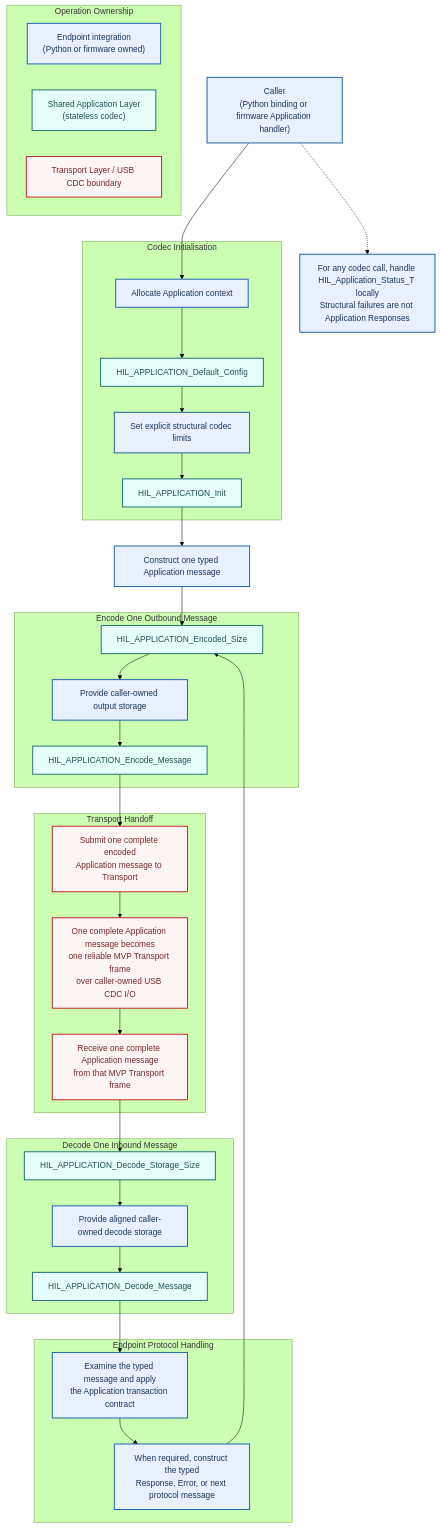
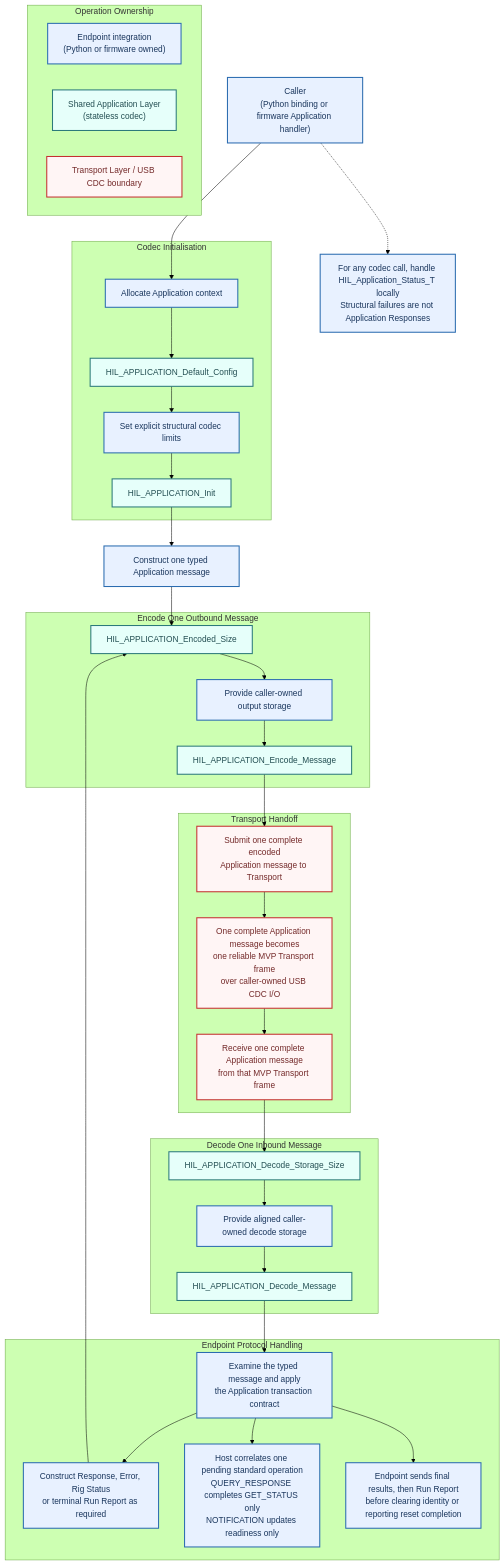
One commit to angus135/hil-rig-protocol changed the diagram in docs/application_layer/application_api_usage.mmd. Above: the diagram before and after it, drawn with Mermaid (forest theme). The commit also changed 15 other files, not shown here.

```diff
--- a/docs/application_layer/application_api_usage.mmd
+++ b/docs/application_layer/application_api_usage.mmd
@@ -1,71 +1,75 @@
 flowchart TD
 
 Caller["Caller<br/>(Python binding or firmware Application handler)"]
 
 subgraph Startup["Codec Initialisation"]
     A["Allocate Application context"]
     B["HIL_APPLICATION_Default_Config"]
     C["Set explicit structural codec limits"]
     D["HIL_APPLICATION_Init"]
 end
 
 E["Construct one typed Application message"]
 
 subgraph Outbound["Encode One Outbound Message"]
     F["HIL_APPLICATION_Encoded_Size"]
     G["Provide caller-owned output storage"]
     H["HIL_APPLICATION_Encode_Message"]
 end
 
 subgraph TransportBoundary["Transport Handoff"]
     I["Submit one complete encoded<br/>Application message to Transport"]
     Wire["One complete Application message becomes<br/>one reliable MVP Transport frame<br/>over caller-owned USB CDC I/O"]
     J["Receive one complete Application message<br/>from that MVP Transport frame"]
 end
 
 subgraph Inbound["Decode One Inbound Message"]
     K["HIL_APPLICATION_Decode_Storage_Size"]
     L["Provide aligned caller-owned decode storage"]
     M["HIL_APPLICATION_Decode_Message"]
 end
 
 subgraph Integration["Endpoint Protocol Handling"]
     N["Examine the typed message and apply<br/>the Application transaction contract"]
-    O["When required, construct the typed<br/>Response, Error, or next protocol message"]
+    O["Construct Response, Error, Rig Status<br/>or terminal Run Report as required"]
+    Pending["Host correlates one pending standard operation<br/>QUERY_RESPONSE completes GET_STATUS only<br/>NOTIFICATION updates readiness only"]
+    Terminal["Endpoint sends final results, then Run Report<br/>before clearing identity or reporting reset completion"]
 end
 
 Status["For any codec call, handle HIL_Application_Status_T locally<br/>Structural failures are not Application Responses"]
 
 subgraph Ownership["Operation Ownership"]
     OwnerEndpoint["Endpoint integration<br/>(Python or firmware owned)"]
     OwnerApplication["Shared Application Layer<br/>(stateless codec)"]
     OwnerTransport["Transport Layer / USB CDC boundary"]
 end
 
 Caller --> A
 A --> B
 B --> C
 C --> D
 D --> E
 E --> F
 F --> G
 G --> H
 H --> I
 I --> Wire
 Wire --> J
 J --> K
 K --> L
 L --> M
 M --> N
 N --> O
+N --> Pending
+N --> Terminal
 O --> F
 
 Caller -.-> Status
 
 classDef endpointOwned fill:#e8f1ff,stroke:#2b6cb0,stroke-width:2px,color:#1a365d
 classDef applicationOwned fill:#e6fffa,stroke:#2c7a7b,stroke-width:2px,color:#234e52
 classDef transportOwned fill:#fff5f5,stroke:#c53030,stroke-width:2px,color:#742a2a
 
-class Caller,A,C,E,G,L,N,O,Status,OwnerEndpoint endpointOwned
+class Caller,A,C,E,G,L,N,O,Pending,Terminal,Status,OwnerEndpoint endpointOwned
 class B,D,F,H,K,M,OwnerApplication applicationOwned
 class I,Wire,J,OwnerTransport transportOwned
```
